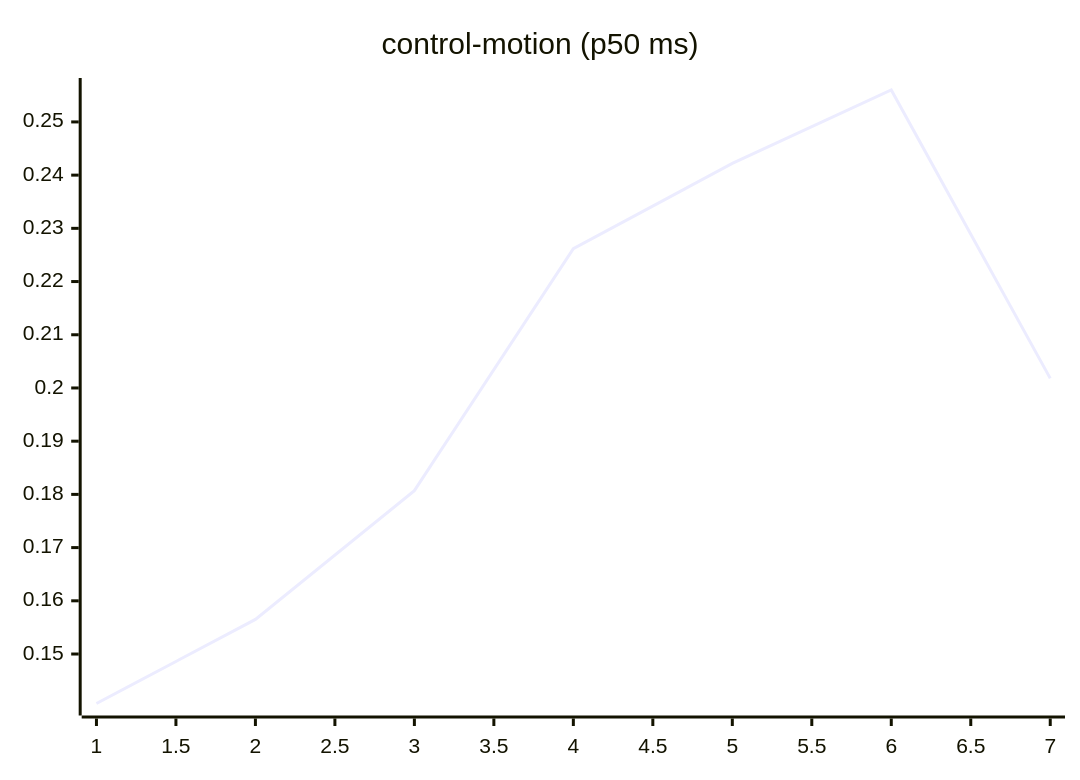
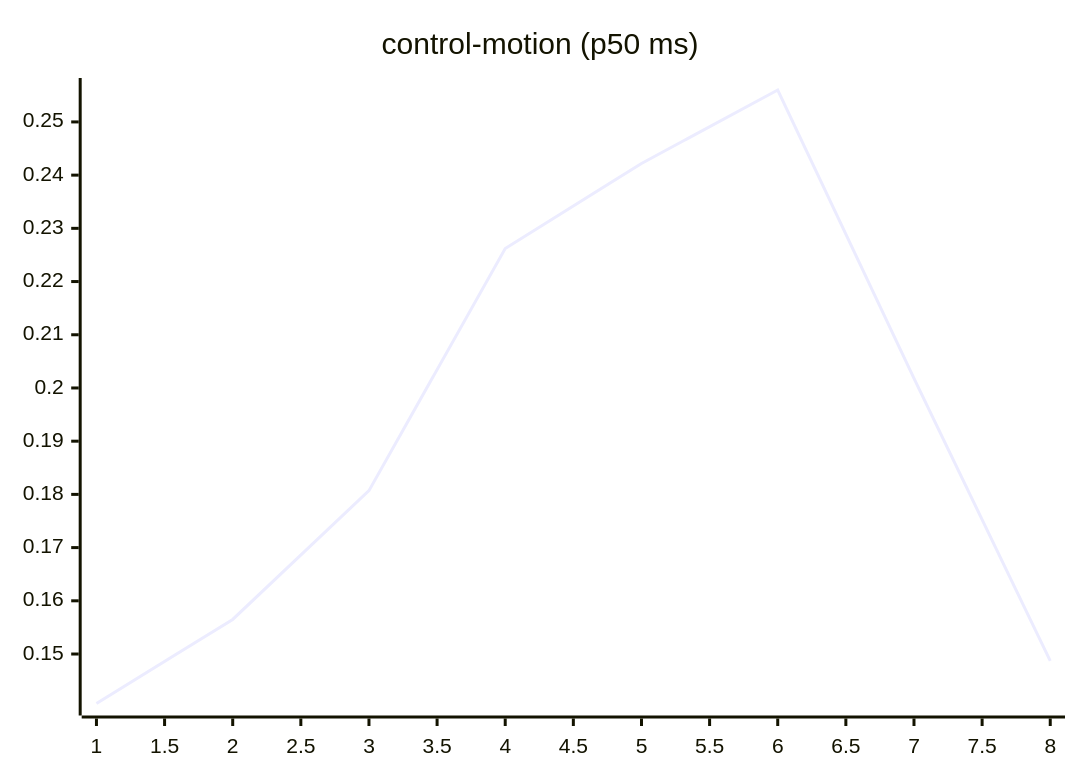
Before and after one commit to josha/Facet: the seventh of 27 diagrams in README.md, drawn with Mermaid. The commit also changed other lines of this file and 2 other files, not shown here.

````diff
--- a/README.md
+++ b/README.md
@@ -105,6 +105,6 @@
 ```mermaid
 xychart-beta
     title "control-motion (p50 ms)"
-    x-axis 1 --> 7
-    line [0.1407, 0.1565, 0.1807, 0.2262, 0.2422, 0.2560, 0.2018]
+    x-axis 1 --> 8
+    line [0.1407, 0.1565, 0.1807, 0.2262, 0.2422, 0.2560, 0.2018, 0.1487]
 ```
````
